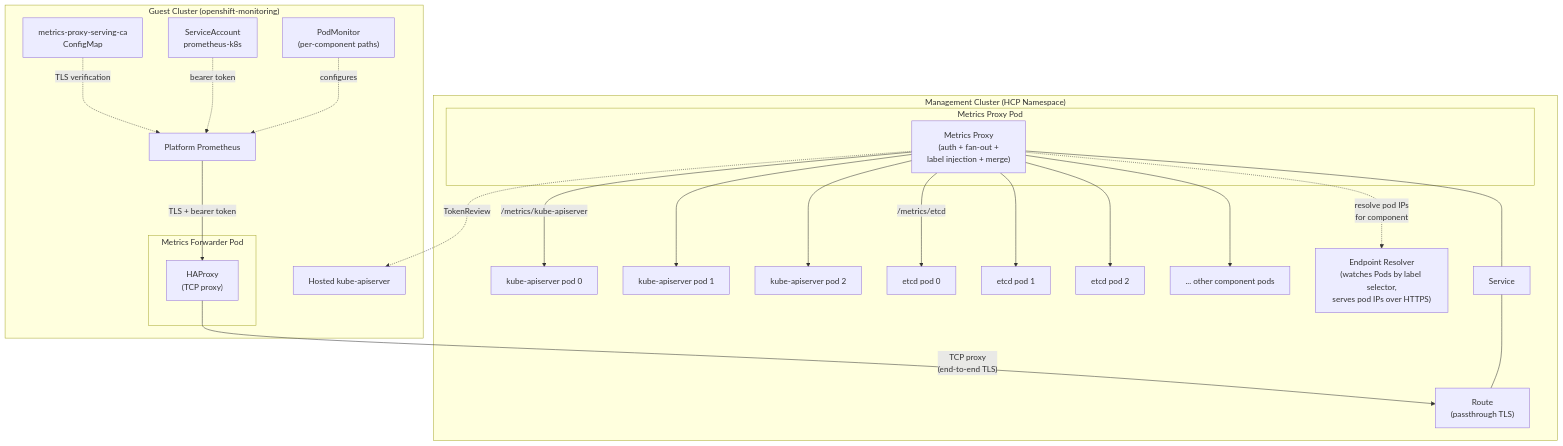
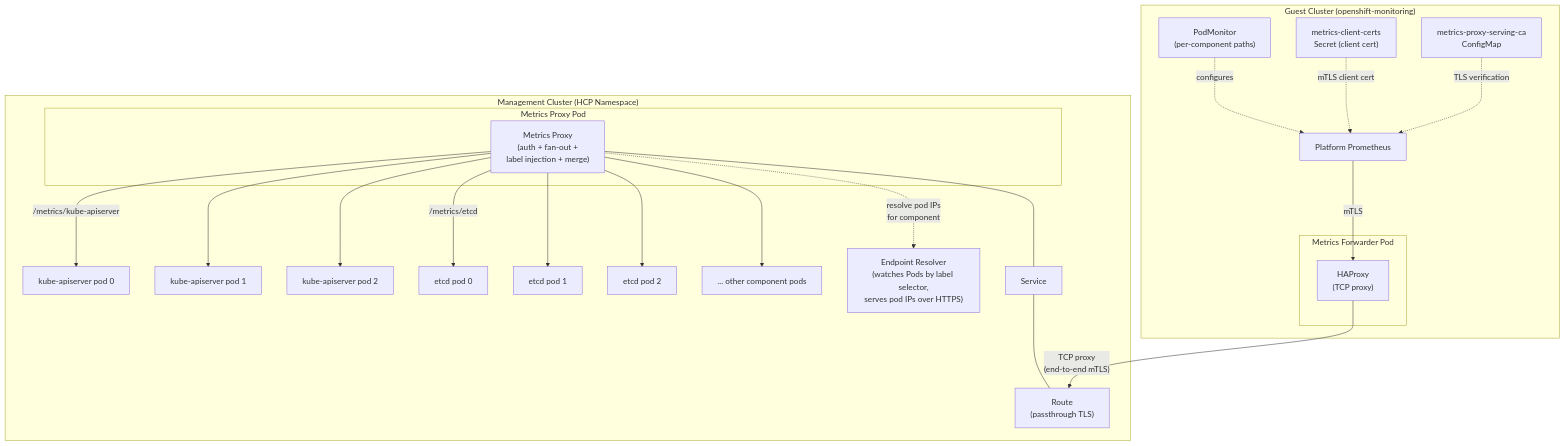
One commit to openshift/enhancements changed the diagram in enhancements/hypershift/hosted-control-plane-metrics-exposure.md. Above: the diagram before and after it, drawn with Mermaid. The commit also changed other lines of this file, not shown here.

First line of the commit message:
Address post-merge review feedback for hosted control plane metrics

````diff
--- a/enhancements/hypershift/hosted-control-plane-metrics-exposure.md
+++ b/enhancements/hypershift/hosted-control-plane-metrics-exposure.md
@@ -162,53 +166,51 @@
 ```mermaid
 graph TD
     subgraph mc["Management Cluster (HCP Namespace)"]
         kas0["kube-apiserver pod 0"]
         kas1["kube-apiserver pod 1"]
         kas2["kube-apiserver pod 2"]
         etcd0["etcd pod 0"]
         etcd1["etcd pod 1"]
         etcd2["etcd pod 2"]
         others["... other component pods"]
 
         subgraph proxypod["Metrics Proxy Pod"]
             proxy["Metrics Proxy<br/>(auth + fan-out +<br/>label injection + merge)"]
         end
 
         proxy -- "/metrics/kube-apiserver" --> kas0
         proxy --> kas1
         proxy --> kas2
         proxy -- "/metrics/etcd" --> etcd0
         proxy --> etcd1
         proxy --> etcd2
         proxy --> others
 
         resolver["Endpoint Resolver<br/>(watches Pods by label selector,<br/>serves pod IPs over HTTPS)"]
         proxy -. "resolve pod IPs<br/>for component" .-> resolver
 
         svc["Service"]
         route["Route<br/>(passthrough TLS)"]
 
         proxy --- svc
         svc --- route
     end
 
     subgraph gc["Guest Cluster (openshift-monitoring)"]
         subgraph fwdpod["Metrics Forwarder Pod"]
             fwd["HAProxy<br/>(TCP proxy)"]
         end
 
         pm["PodMonitor<br/>(per-component paths)"]
         prom["Platform Prometheus"]
-        sa["ServiceAccount<br/>prometheus-k8s"]
-        hosted_kas["Hosted kube-apiserver"]
+        clientcert["metrics-client-certs<br/>Secret (client cert)"]
         ca["metrics-proxy-serving-ca<br/>ConfigMap"]
 
         pm -. "configures" .-> prom
-        sa -. "bearer token" .-> prom
+        clientcert -. "mTLS client cert" .-> prom
         ca -. "TLS verification" .-> prom
-        prom -- "TLS + bearer token" --> fwd
+        prom -- "mTLS" --> fwd
     end
 
-    fwd -- "TCP proxy<br/>(end-to-end TLS)" --> route
-    proxy -. "TokenReview" .-> hosted_kas
+    fwd -- "TCP proxy<br/>(end-to-end mTLS)" --> route
 ```
````
